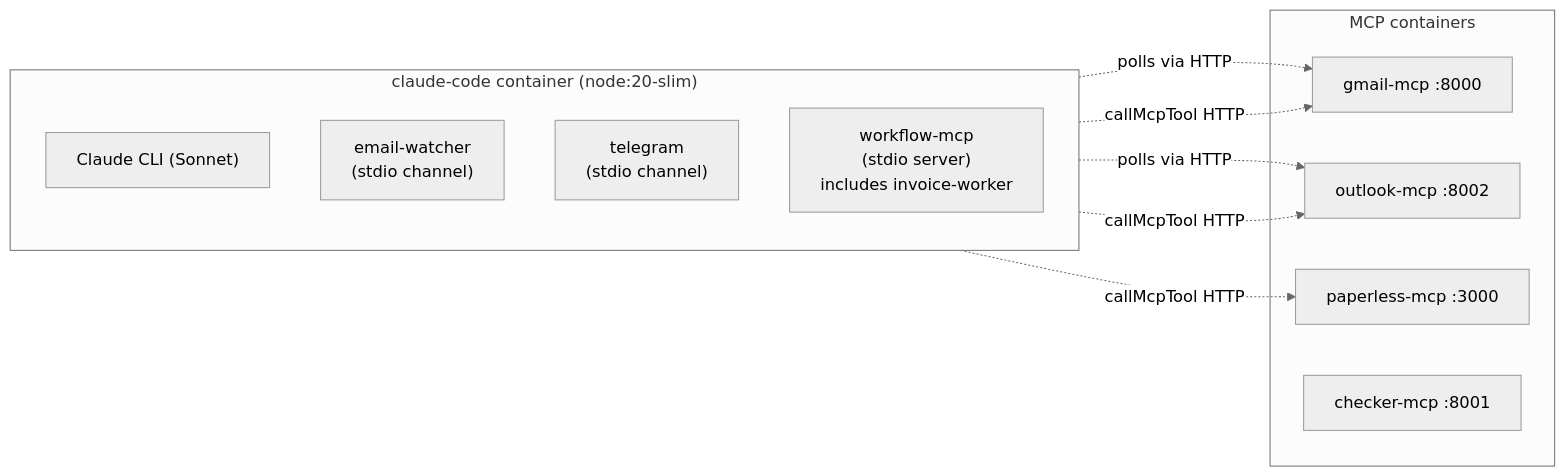
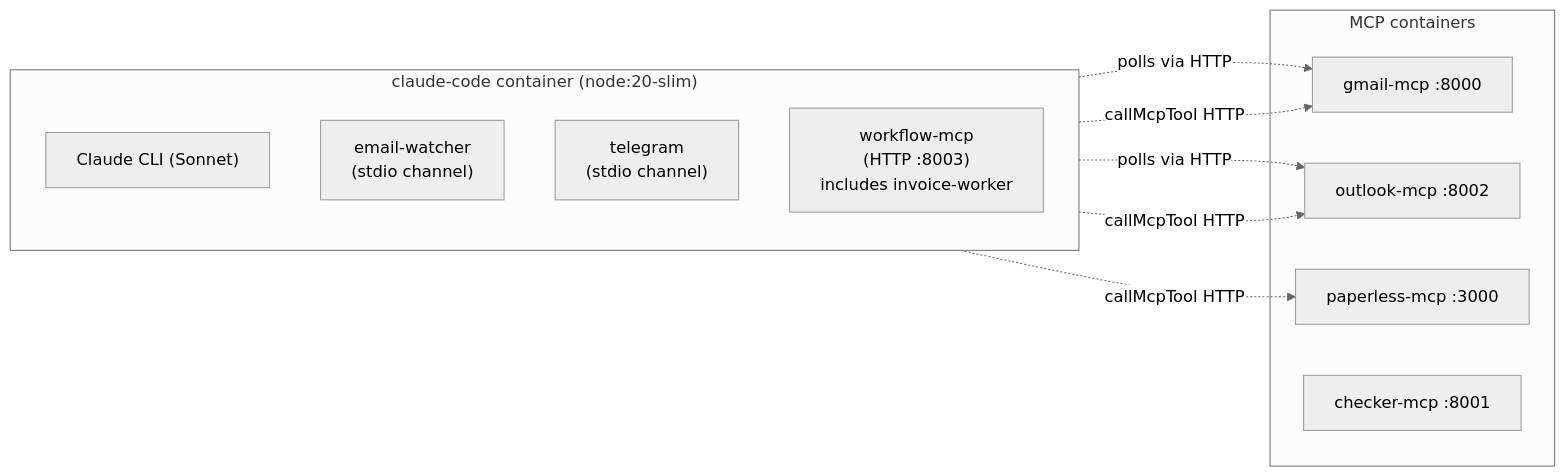
The first of 5 diagrams in docs/uc1-invoice-processing.md (mcsdodo/personal-assistant), drawn with Mermaid (neutral theme) before and after one commit. The commit also changed other lines of this file and 4 other files, not shown here.

````diff
--- a/docs/uc1-invoice-processing.md
+++ b/docs/uc1-invoice-processing.md
@@ -9,23 +9,23 @@
 ```mermaid
 flowchart LR
     subgraph cc["claude-code container (node:20-slim)"]
         direction TB
         claude["Claude CLI (Sonnet)"]
         ew["email-watcher<br/>(stdio channel)"]
         tg["telegram<br/>(stdio channel)"]
-        wf["workflow-mcp<br/>(stdio server)<br/>includes invoice-worker"]
+        wf["workflow-mcp<br/>(HTTP :8003)<br/>includes invoice-worker"]
     end
 
     subgraph mcp["MCP containers"]
         gmail["gmail-mcp :8000"]
         outlook["outlook-mcp :8002"]
         paperless["paperless-mcp :3000"]
         checker["checker-mcp :8001"]
     end
 
     ew -.->|polls via HTTP| gmail
     ew -.->|polls via HTTP| outlook
     wf -.->|callMcpTool HTTP| gmail
     wf -.->|callMcpTool HTTP| outlook
     wf -.->|callMcpTool HTTP| paperless
 ```
````
